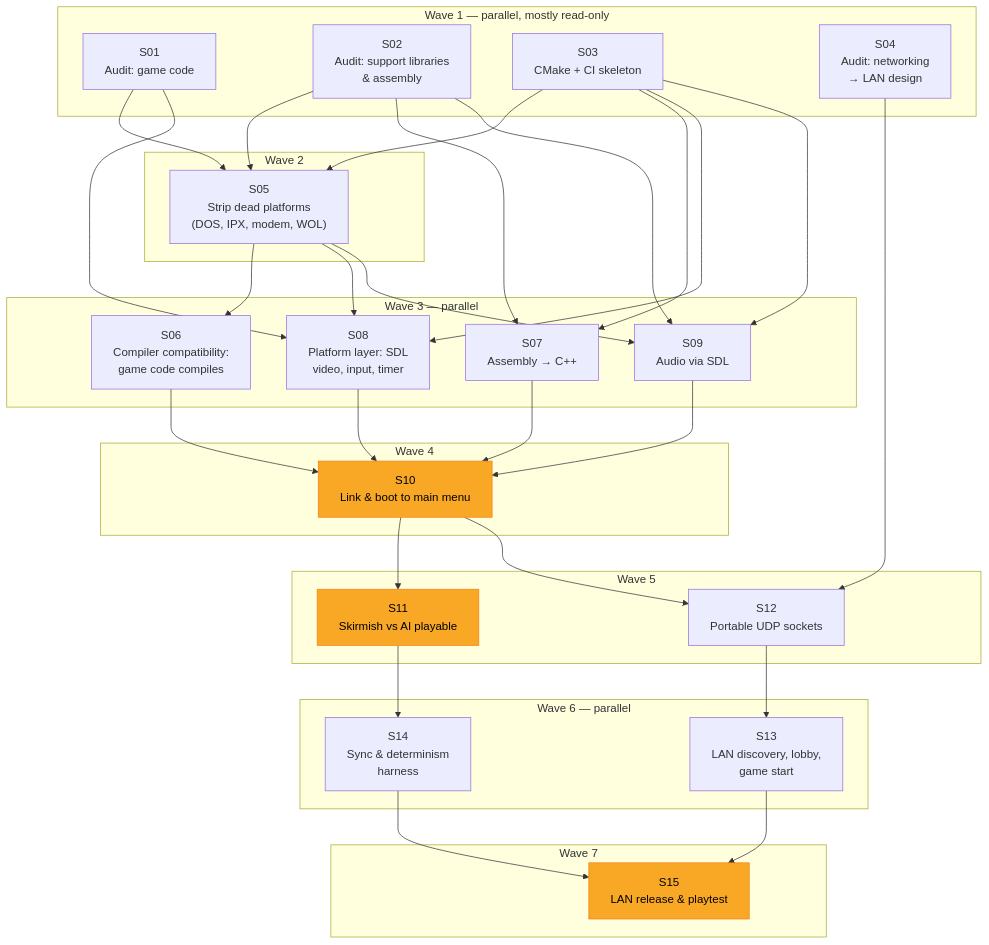
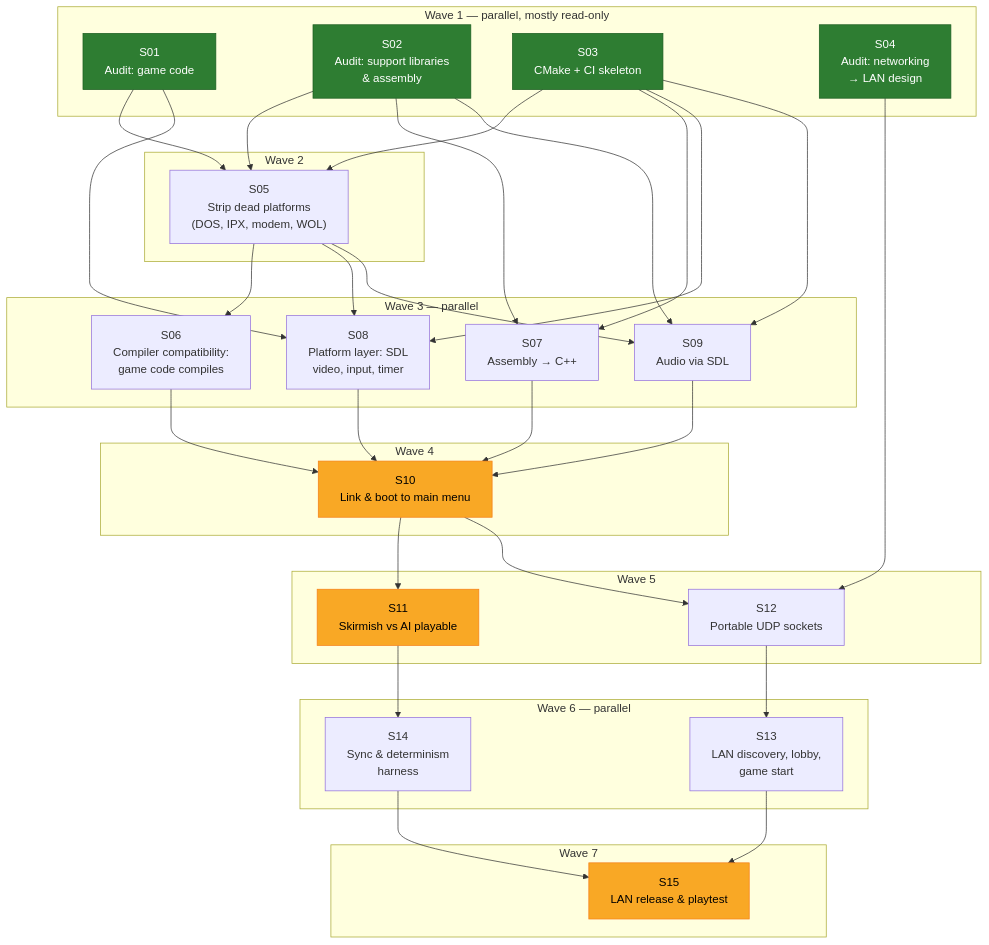
The second of 2 diagrams in docs/roadmap.md (Rjviviers/CnC_Red_Alert_remaster), drawn with Mermaid before and after one commit. The commit also changed other lines of this file, not shown here.

Commit message:
Roadmap: mark Wave 1 sessions done
Claude-Session: https://claude.ai/code/session_01KXbLXBHxFBbVUUsMy16pmN

````diff
--- a/docs/roadmap.md
+++ b/docs/roadmap.md
@@ -30,64 +30,66 @@
 ```mermaid
 flowchart TB
     subgraph W1["Wave 1 — parallel, mostly read-only"]
         S01["S01<br/>Audit: game code"]
         S02["S02<br/>Audit: support libraries<br/>& assembly"]
         S03["S03<br/>CMake + CI skeleton"]
         S04["S04<br/>Audit: networking<br/>→ LAN design"]
     end
 
     subgraph W2["Wave 2"]
         S05["S05<br/>Strip dead platforms<br/>(DOS, IPX, modem, WOL)"]
     end
 
     subgraph W3["Wave 3 — parallel"]
         S06["S06<br/>Compiler compatibility:<br/>game code compiles"]
         S07["S07<br/>Assembly → C++"]
         S08["S08<br/>Platform layer: SDL<br/>video, input, timer"]
         S09["S09<br/>Audio via SDL"]
     end
 
     subgraph W4["Wave 4"]
         S10["S10<br/>Link & boot to main menu"]:::ms
     end
 
     subgraph W5["Wave 5"]
         S11["S11<br/>Skirmish vs AI playable"]:::ms
         S12["S12<br/>Portable UDP sockets"]
     end
 
     subgraph W6["Wave 6 — parallel"]
         S13["S13<br/>LAN discovery, lobby,<br/>game start"]
         S14["S14<br/>Sync & determinism<br/>harness"]
     end
 
     subgraph W7["Wave 7"]
         S15["S15<br/>LAN release & playtest"]:::ms
     end
 
     S01 --> S05
     S02 --> S05
     S03 --> S05
     S05 --> S06
     S02 --> S07
     S03 --> S07
     S01 --> S08
     S05 --> S08
     S05 --> S09
     S03 --> S08
     S02 --> S09
     S03 --> S09
     S06 --> S10
     S07 --> S10
     S08 --> S10
     S09 --> S10
     S10 --> S11
     S10 --> S12
     S04 --> S12
     S12 --> S13
     S11 --> S14
     S13 --> S15
     S14 --> S15
 
     classDef ms fill:#f9a825,color:#000,stroke:#f57f17
+    classDef done fill:#2e7d32,color:#fff,stroke:#1b5e20
+    class S01,S02,S03,S04 done
 ```
````
